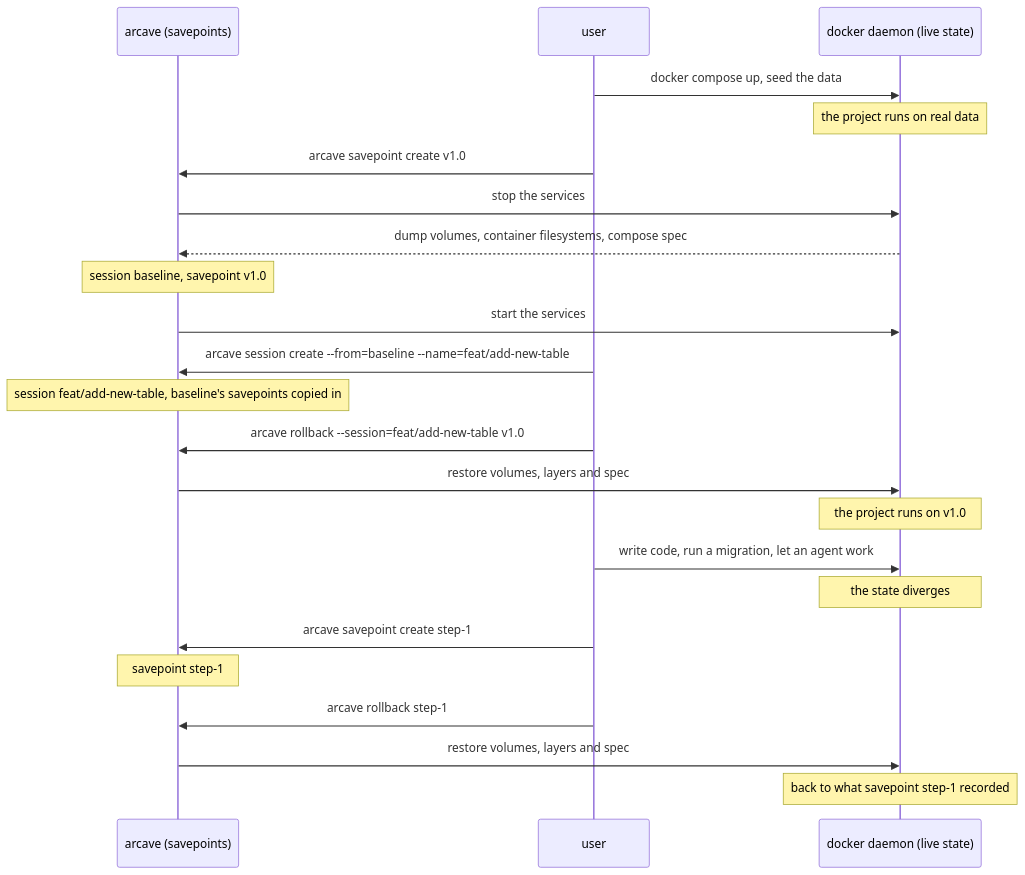
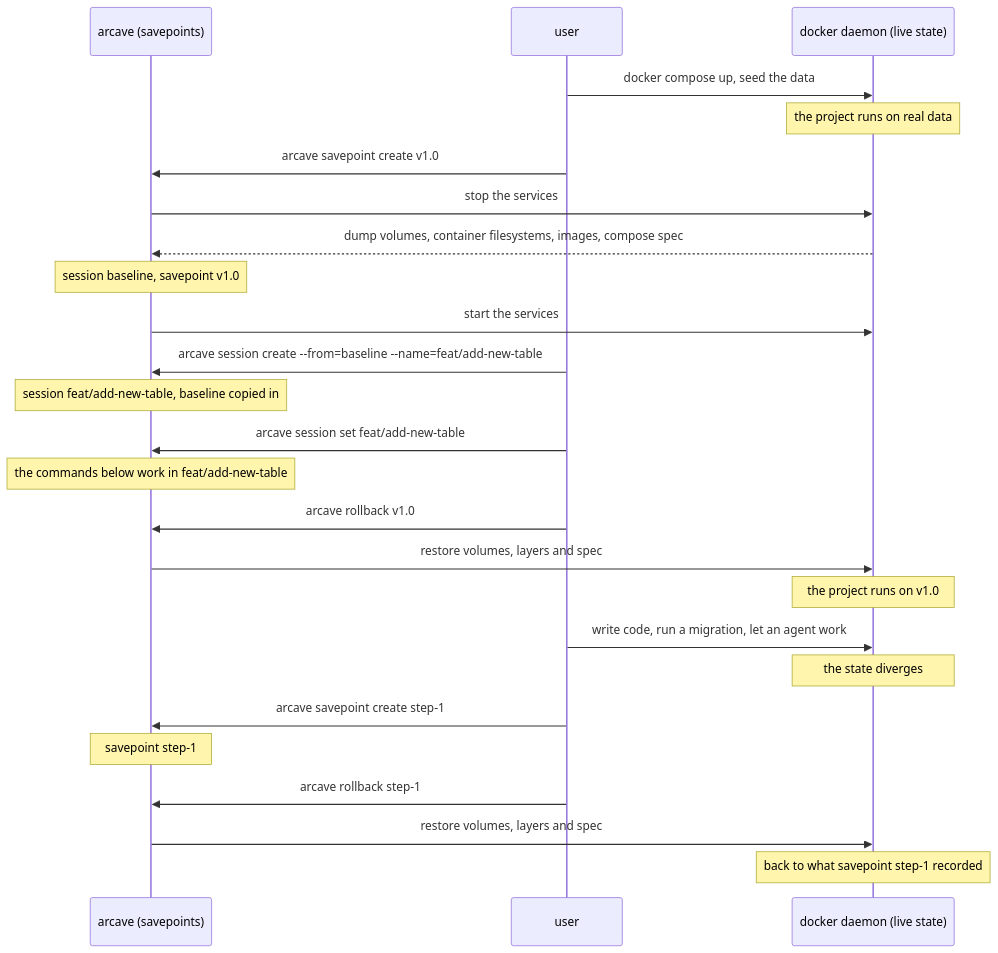
One commit to GreenmaskIO/arcave changed the diagram in docs/how_it_works.md. Above: the diagram before and after it, drawn with Mermaid. The commit also changed other lines of this file and 45 other files, not shown here.

````diff
--- a/docs/how_it_works.md
+++ b/docs/how_it_works.md
@@ -15,30 +15,32 @@
 ```mermaid
 sequenceDiagram
     participant S as arcave (savepoints)
     participant U as user
     participant D as docker daemon (live state)
 
     U->>D: docker compose up, seed the data
     Note over D: the project runs on real data
 
     U->>S: arcave savepoint create v1.0
     S->>D: stop the services
-    D-->>S: dump volumes, container filesystems, compose spec
+    D-->>S: dump volumes, container filesystems, images, compose spec
     Note over S: session baseline, savepoint v1.0
     S->>D: start the services
 
     U->>S: arcave session create --from=baseline --name=feat/add-new-table
-    Note over S: session feat/add-new-table, baseline's savepoints copied in
-    U->>S: arcave rollback --session=feat/add-new-table v1.0
+    Note over S: session feat/add-new-table, baseline copied in
+    U->>S: arcave session set feat/add-new-table
+    Note over S: the commands below work in feat/add-new-table
+    U->>S: arcave rollback v1.0
     S->>D: restore volumes, layers and spec
     Note over D: the project runs on v1.0
 
     U->>D: write code, run a migration, let an agent work
     Note over D: the state diverges
     U->>S: arcave savepoint create step-1
     Note over S: savepoint step-1
 
     U->>S: arcave rollback step-1
     S->>D: restore volumes, layers and spec
     Note over D: back to what savepoint step-1 recorded
 ```
````
